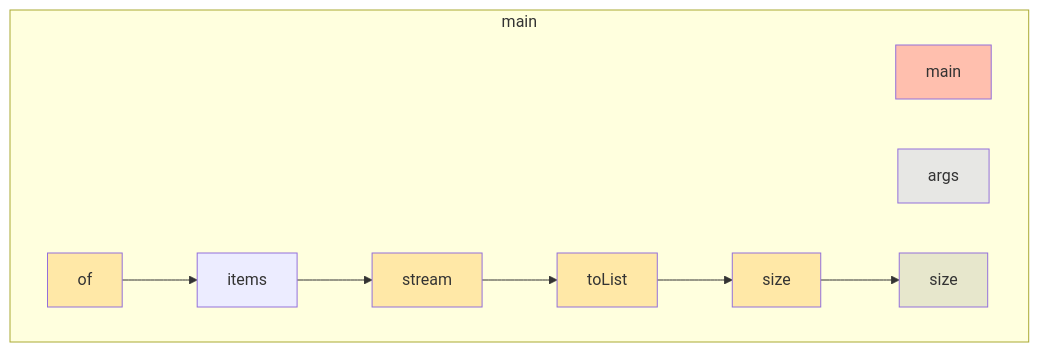
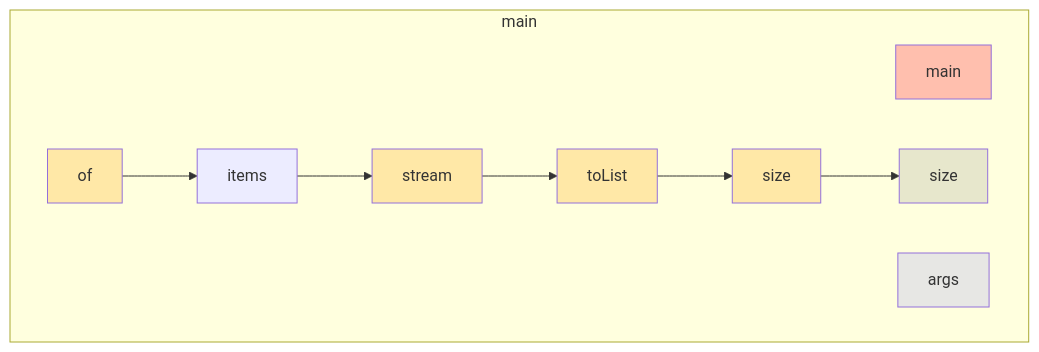
Before and after one commit to gstiebler/codeflow: the diagram in app/src/test/resources/chainedCall/truth.md, drawn with Mermaid. The commit also changed 22 other files, not shown here.

````diff
--- a/app/src/test/resources/chainedCall/truth.md
+++ b/app/src/test/resources/chainedCall/truth.md
@@ -1,24 +1,24 @@
 ```mermaid
 flowchart TD
-  subgraph 4309014["main"]
-    -14919308514[stream]:::EXTERNAL
-    -14530282235[toList]:::EXTERNAL
-    56853577[main]:::RETURN
-    244553230[of]:::EXTERNAL
-    295442462[args]:::FUNC_PARAM
-    304541899[size]:::VARIABLE
-    304547444[size]:::EXTERNAL
-    1953406652[items]:::OBJ_VARIABLE
-    -14919308514[stream]:::EXTERNAL --> -14530282235[toList]:::EXTERNAL
-    -14530282235[toList]:::EXTERNAL --> 304547444[size]:::EXTERNAL
-    244553230[of]:::EXTERNAL --> 1953406652[items]:::OBJ_VARIABLE
-    304547444[size]:::EXTERNAL --> 304541899[size]:::VARIABLE
-    1953406652[items]:::OBJ_VARIABLE --> -14919308514[stream]:::EXTERNAL
+  subgraph b0["main"]
+    n1[main]:::RETURN
+    n2[args]:::FUNC_PARAM
+    n3[items]:::OBJ_VARIABLE
+    n4[of]:::EXTERNAL
+    n5[size]:::VARIABLE
+    n6[stream]:::EXTERNAL
+    n7[toList]:::EXTERNAL
+    n8[size]:::EXTERNAL
+    n3[items]:::OBJ_VARIABLE --> n6[stream]:::EXTERNAL
+    n4[of]:::EXTERNAL --> n3[items]:::OBJ_VARIABLE
+    n6[stream]:::EXTERNAL --> n7[toList]:::EXTERNAL
+    n7[toList]:::EXTERNAL --> n8[size]:::EXTERNAL
+    n8[size]:::EXTERNAL --> n5[size]:::VARIABLE
   end
   classDef LITERAL fill:#00FF0030
   classDef VARIABLE fill:#80808030
   classDef BIN_OP fill:#80808080
   classDef FUNC_PARAM fill:#8080FF30
   classDef RETURN fill:#FF808080
   classDef EXTERNAL fill:#FFA50040
 ```
````
